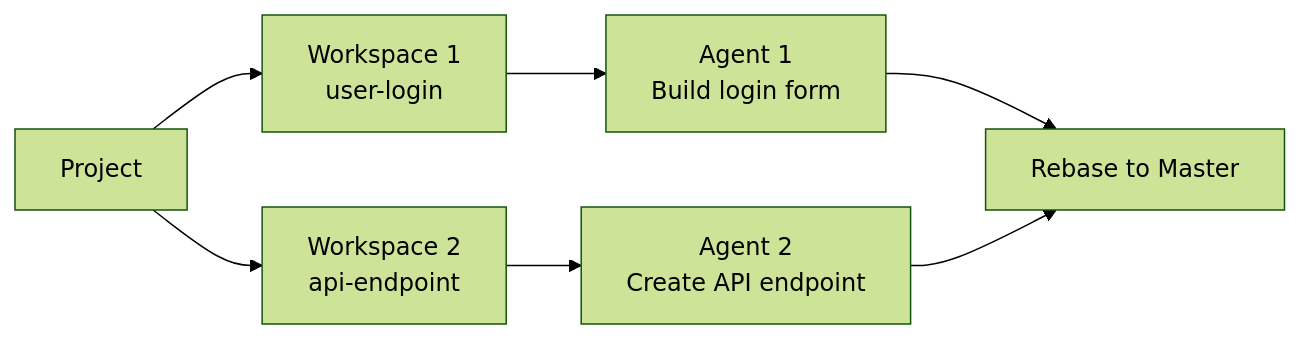
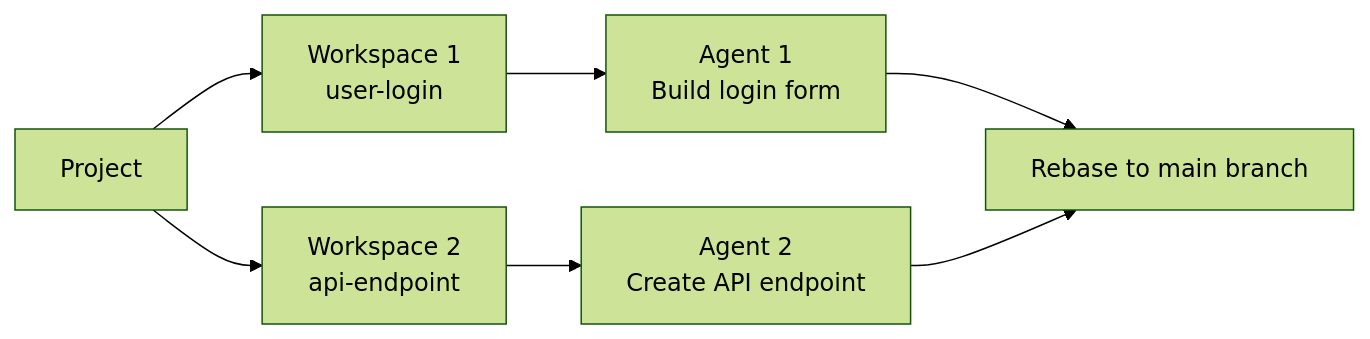
Before and after one commit to verdentAI/docs: the diagram in verdent/getting-started/quick-start.mdx, drawn with Mermaid (forest theme). The commit also changed other lines of this file and 78 other files, not shown here.

````diff
--- a/verdent/getting-started/quick-start.mdx
+++ b/verdent/getting-started/quick-start.mdx
@@ -211,11 +215,11 @@
 ```mermaid
 flowchart LR
     P[Project] --> W1[Workspace 1<br/>user-login]
     P --> W2[Workspace 2<br/>api-endpoint]
 
     W1 --> A1[Agent 1<br/>Build login form]
     W2 --> A2[Agent 2<br/>Create API endpoint]
 
-    A1 --> R[Rebase to Master]
+    A1 --> R[Rebase to main branch]
     A2 --> R
 ```
````
